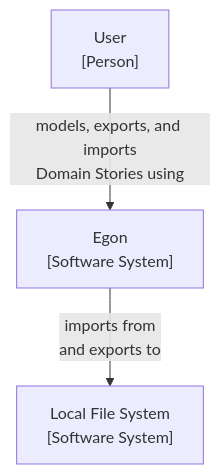
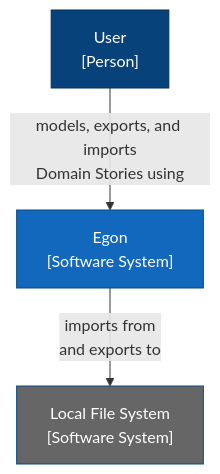
One commit to WPS/egon.io changed the first of 2 diagrams in architecture.md. Above: the diagram before and after it, drawn with Mermaid. The commit also changed other lines of this file, not shown here.

````diff
--- a/architecture.md
+++ b/architecture.md
@@ -43,17 +40,24 @@
 ```mermaid
 
 flowchart TD
 
 User["User
 [Person]"]
 
 Egon["Egon
 [Software System]"]
 
 Local["Local File System
 [Software System]"]
 
 User-- "models, exports, and imports\nDomain Stories using" -->Egon
 Egon-- "imports from\nand exports to" -->Local
 
+classDef focusSystem fill:#1168bd,stroke:#0b4884,color:#ffffff
+classDef supportingSystem fill:#666,stroke:#0b4884,color:#ffffff
+classDef person fill:#08427b,stroke:#052e56,color:#ffffff
+
+class User person
+class Egon focusSystem
+class Local supportingSystem
 ```
````
